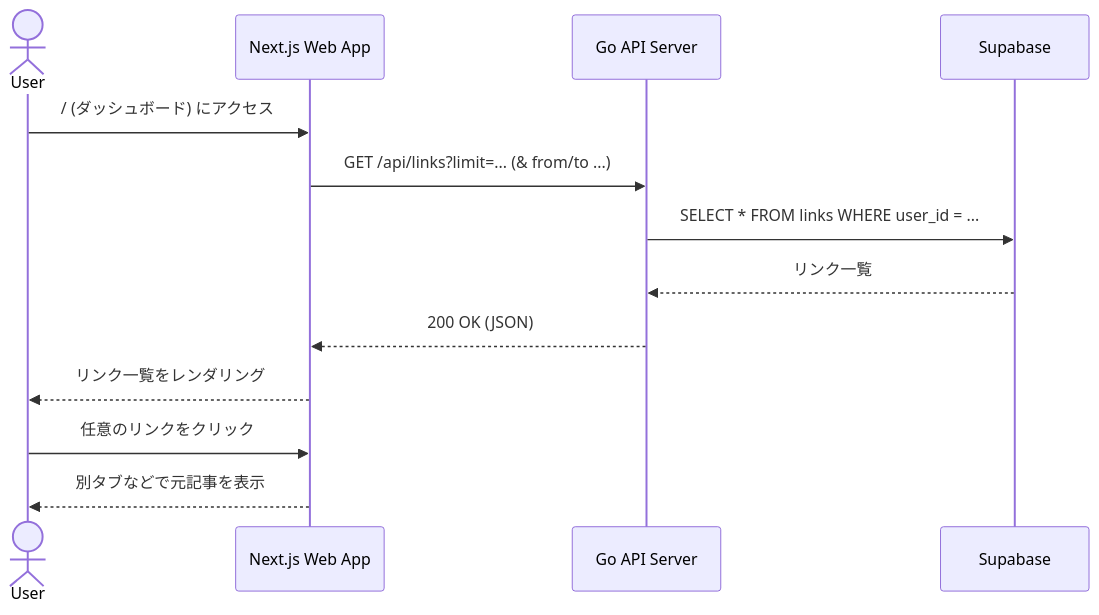
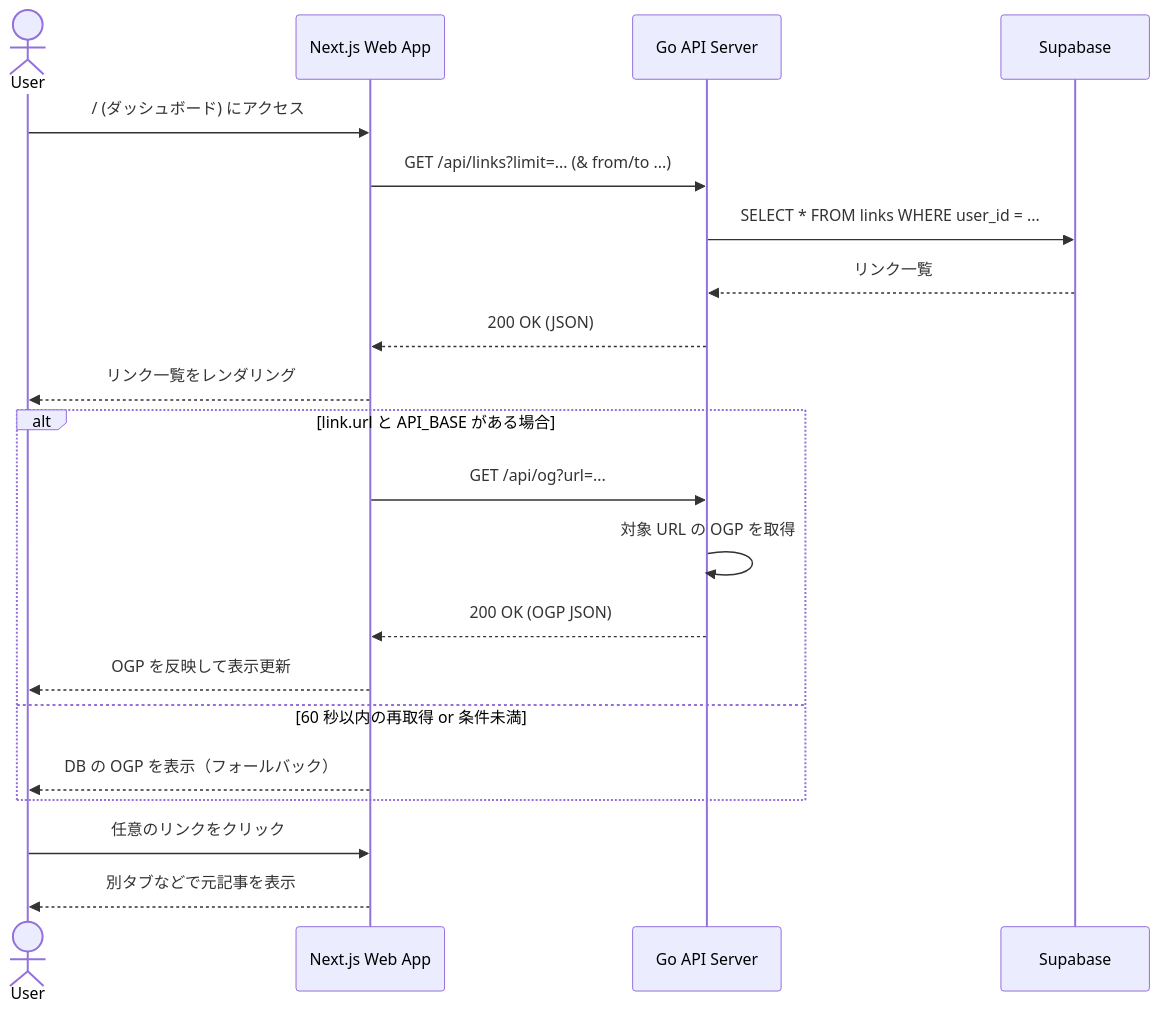
Before and after one commit to lvncer/clipgest: the fourth of 5 diagrams in documents/architecture.md, drawn with Mermaid. The commit also changed other lines of this file, not shown here.

First line of the commit message:
docs: refine architecture documentation and enhance OGP handling

````diff
--- a/documents/architecture.md
+++ b/documents/architecture.md
@@ -139,16 +140,26 @@
 ```mermaid
 sequenceDiagram
 actor User
 participant Web as Next.js Web App
 participant API as Go API Server
 participant DB as Supabase
 
 User->>Web: / (ダッシュボード) にアクセス
 Web->>API: GET /api/links?limit=... (& from/to ...)
 API->>DB: SELECT * FROM links WHERE user_id = ...
 DB-->>API: リンク一覧
 API-->>Web: 200 OK (JSON)
 Web-->>User: リンク一覧をレンダリング
+
+alt link.url と API_BASE がある場合
+  Web->>API: GET /api/og?url=...
+  API->>API: 対象 URL の OGP を取得
+  API-->>Web: 200 OK (OGP JSON)
+  Web-->>User: OGP を反映して表示更新
+else 60 秒以内の再取得 or 条件未満
+  Web-->>User: DB の OGP を表示（フォールバック）
+end
+
 User->>Web: 任意のリンクをクリック
 Web-->>User: 別タブなどで元記事を表示
 ```
````
